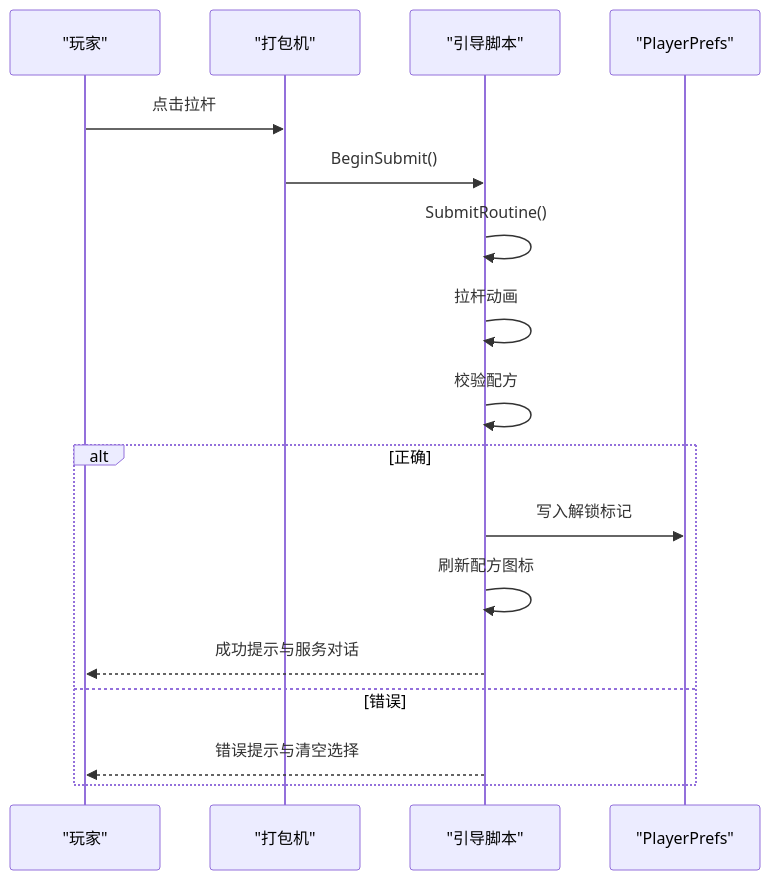
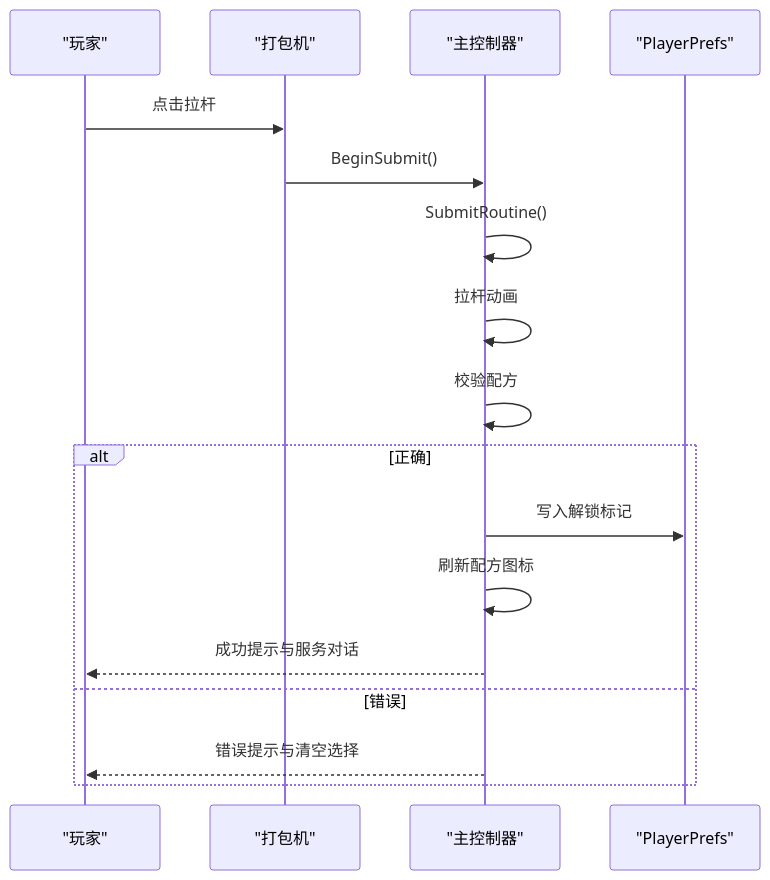
The eighth of 9 diagrams in .qoder/repowiki/zh/content/原料管理机制.md (Thanatos42/-demo), drawn with Mermaid before and after one commit. The commit also changed other lines of this file and 16 other files, not shown here.

````diff
--- a/.qoder/repowiki/zh/content/原料管理机制.md
+++ b/.qoder/repowiki/zh/content/原料管理机制.md
@@ -255,19 +324,19 @@
 ```mermaid
 sequenceDiagram
 participant User as "玩家"
 participant Machine as "打包机"
-participant Bootstrap as "引导脚本"
+participant Controller as "主控制器"
 participant Storage as "PlayerPrefs"
 User->>Machine : 点击拉杆
-Machine->>Bootstrap : BeginSubmit()
-Bootstrap->>Bootstrap : SubmitRoutine()
-Bootstrap->>Bootstrap : 拉杆动画
-Bootstrap->>Bootstrap : 校验配方
+Machine->>Controller : BeginSubmit()
+Controller->>Controller : SubmitRoutine()
+Controller->>Controller : 拉杆动画
+Controller->>Controller : 校验配方
 alt 正确
-Bootstrap->>Storage : 写入解锁标记
-Bootstrap->>Bootstrap : 刷新配方图标
-Bootstrap-->>User : 成功提示与服务对话
+Controller->>Storage : 写入解锁标记
+Controller->>Controller : 刷新配方图标
+Controller-->>User : 成功提示与服务对话
 else 错误
-Bootstrap-->>User : 错误提示与清空选择
+Controller-->>User : 错误提示与清空选择
 end
 ```
````
